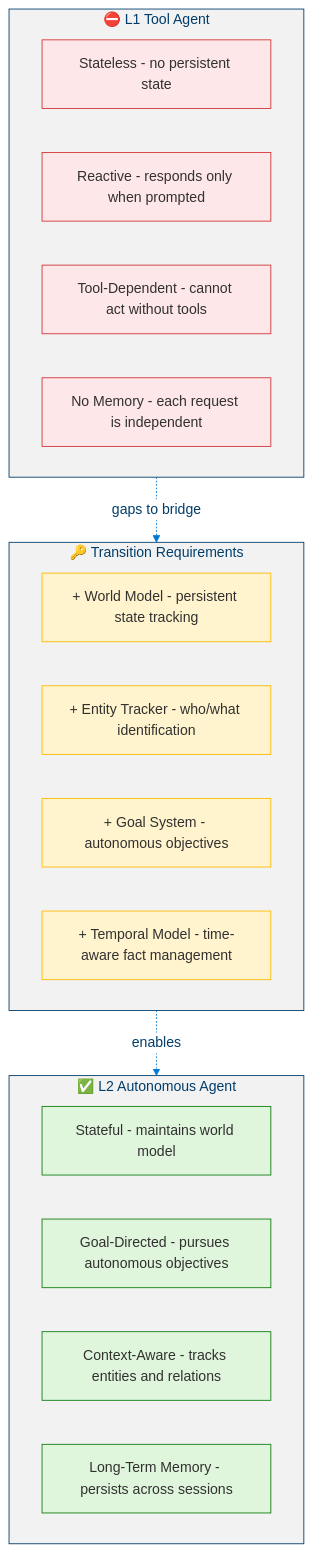
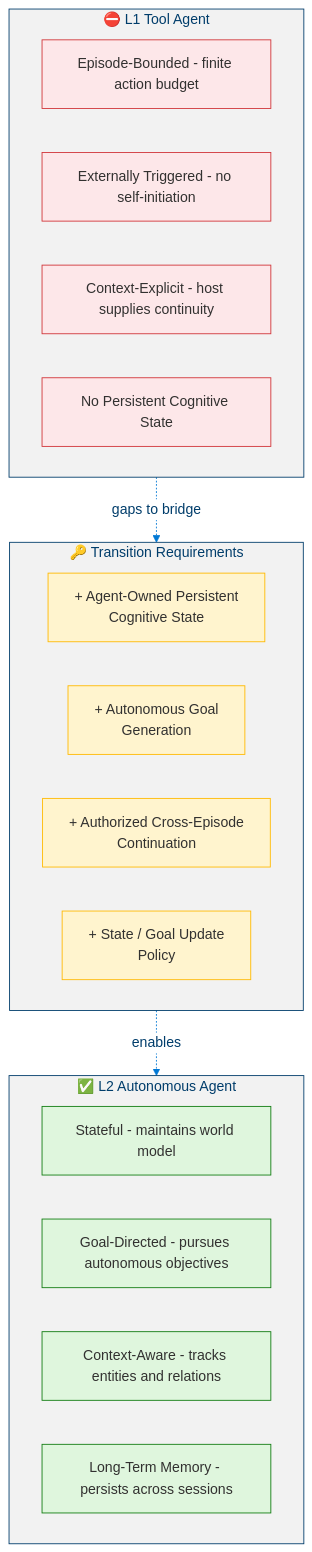
One commit to dotnetpower/mscp changed the sixth of 7 diagrams in docs/levels/Level_1_Tool_Agent.md. Above: the diagram before and after it, drawn with Mermaid. The commit also changed other lines of this file and 21 other files, not shown here.

````diff
--- a/docs/levels/Level_1_Tool_Agent.md
+++ b/docs/levels/Level_1_Tool_Agent.md
@@ -472,34 +529,34 @@
 ```mermaid
 %%{init: {'theme': 'base', 'themeVariables': {'primaryColor': '#0078D4', 'primaryTextColor': '#003D6B', 'primaryBorderColor': '#003D6B', 'secondaryColor': '#50E6FF', 'secondaryTextColor': '#323130', 'secondaryBorderColor': '#00BCF2', 'tertiaryColor': '#F2F2F2', 'tertiaryTextColor': '#323130', 'lineColor': '#0078D4', 'textColor': '#323130', 'mainBkg': '#DEECF9', 'nodeBorder': '#0078D4', 'clusterBkg': '#F2F2F2', 'clusterBorder': '#003D6B', 'titleColor': '#003D6B', 'edgeLabelBackground': '#FFFFFF', 'fontSize': '16px'}}}%%
 flowchart TB
   classDef danger fill:#D13438,stroke:#A4262C,color:#FFF
   classDef dangerLight fill:#FDE7E9,stroke:#D13438,color:#323130
   classDef warning fill:#FFB900,stroke:#CC9400,color:#323130
   classDef warningLight fill:#FFF4CE,stroke:#FFB900,color:#323130
   classDef success fill:#107C10,stroke:#085108,color:#FFF
   classDef successLight fill:#DFF6DD,stroke:#107C10,color:#323130
 
   subgraph L1["⛔ L1 Tool Agent"]
-    A1["Stateless - no persistent state"]:::dangerLight
-    A2["Reactive - responds only when prompted"]:::dangerLight
-    A3["Tool-Dependent - cannot act without tools"]:::dangerLight
-    A4["No Memory - each request is independent"]:::dangerLight
+    A1["Episode-Bounded - finite action budget"]:::dangerLight
+    A2["Externally Triggered - no self-initiation"]:::dangerLight
+    A3["Context-Explicit - host supplies continuity"]:::dangerLight
+    A4["No Persistent Cognitive State"]:::dangerLight
   end
 
   subgraph Gap["🔑 Transition Requirements"]
-    G1["+ World Model - persistent state tracking"]:::warningLight
-    G2["+ Entity Tracker - who/what identification"]:::warningLight
-    G3["+ Goal System - autonomous objectives"]:::warningLight
-    G4["+ Temporal Model - time-aware fact management"]:::warningLight
+    G1["+ Agent-Owned Persistent<br/>Cognitive State"]:::warningLight
+    G2["+ Autonomous Goal<br/>Generation"]:::warningLight
+    G3["+ Authorized Cross-Episode<br/>Continuation"]:::warningLight
+    G4["+ State / Goal Update<br/>Policy"]:::warningLight
   end
 
   subgraph L2["✅ L2 Autonomous Agent"]
     B1["Stateful - maintains world model"]:::successLight
     B2["Goal-Directed - pursues autonomous objectives"]:::successLight
     B3["Context-Aware - tracks entities and relations"]:::successLight
     B4["Long-Term Memory - persists across sessions"]:::successLight
   end
 
   L1 -.->|"gaps to bridge"| Gap
   Gap -.->|"enables"| L2
 ```
````
